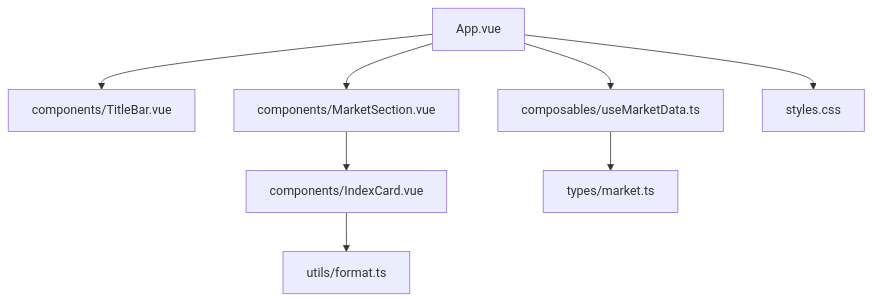
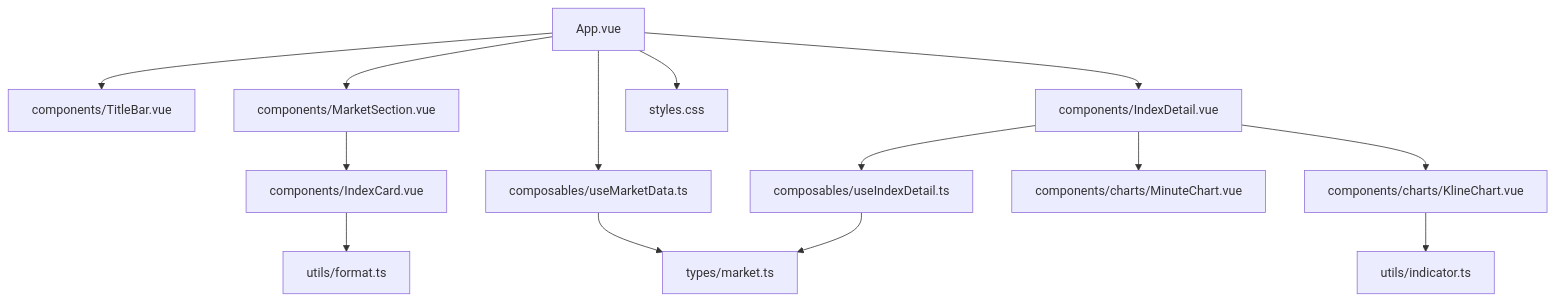
Before and after one commit to jiashaoying/hq-kanban-app: the first of 4 diagrams in .qoder/repowiki/zh/content/前端开发/组件系统/组件系统.md, drawn with Mermaid. The commit also changed other lines of this file and 7 other files, not shown here.

````diff
--- a/.qoder/repowiki/zh/content/前端开发/组件系统/组件系统.md
+++ b/.qoder/repowiki/zh/content/前端开发/组件系统/组件系统.md
@@ -41,10 +56,16 @@
 ```mermaid
 graph TB
 A["App.vue"] --> B["components/TitleBar.vue"]
 A --> C["components/MarketSection.vue"]
 C --> D["components/IndexCard.vue"]
 A --> E["composables/useMarketData.ts"]
-E --> F["types/market.ts"]
-D --> G["utils/format.ts"]
-A --> H["styles.css"]
+A --> F["components/IndexDetail.vue"]
+F --> G["composables/useIndexDetail.ts"]
+F --> H["components/charts/MinuteChart.vue"]
+F --> I["components/charts/KlineChart.vue"]
+E --> J["types/market.ts"]
+G --> J
+D --> K["utils/format.ts"]
+I --> L["utils/indicator.ts"]
+A --> M["styles.css"]
 ```
````
